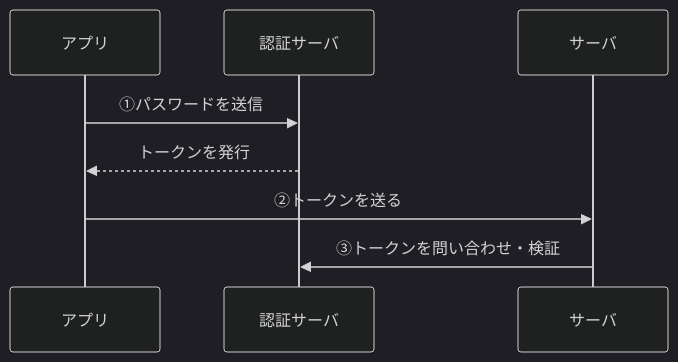
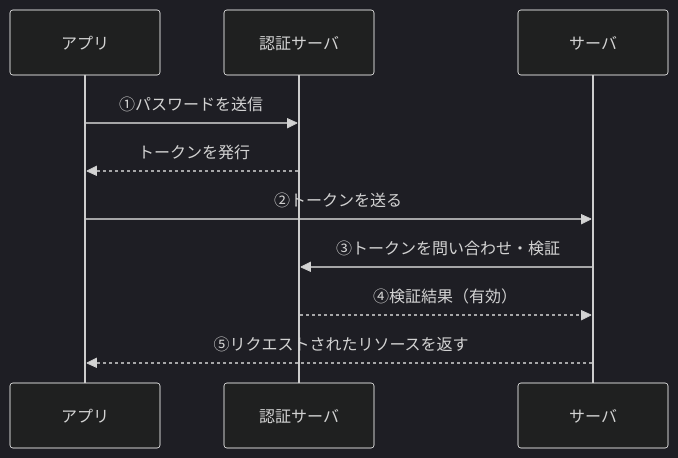
Before and after one commit to Bassiy/share_knowledge: the second of 2 diagrams in concepts/oauth2.md, drawn with Mermaid (dark theme).

Commit message:
sync: update from info repo

````diff
--- a/concepts/oauth2.md
+++ b/concepts/oauth2.md
@@ -17,11 +17,13 @@
 ```mermaid
 sequenceDiagram
     participant App as アプリ
     participant Auth as 認証サーバ
     participant Server as サーバ
 
     App->>Auth: ①パスワードを送信
     Auth-->>App: トークンを発行
     App->>Server: ②トークンを送る
     Server->>Auth: ③トークンを問い合わせ・検証
+    Auth-->>Server: ④検証結果（有効）
+    Server-->>App: ⑤リクエストされたリソースを返す
 ```
````
